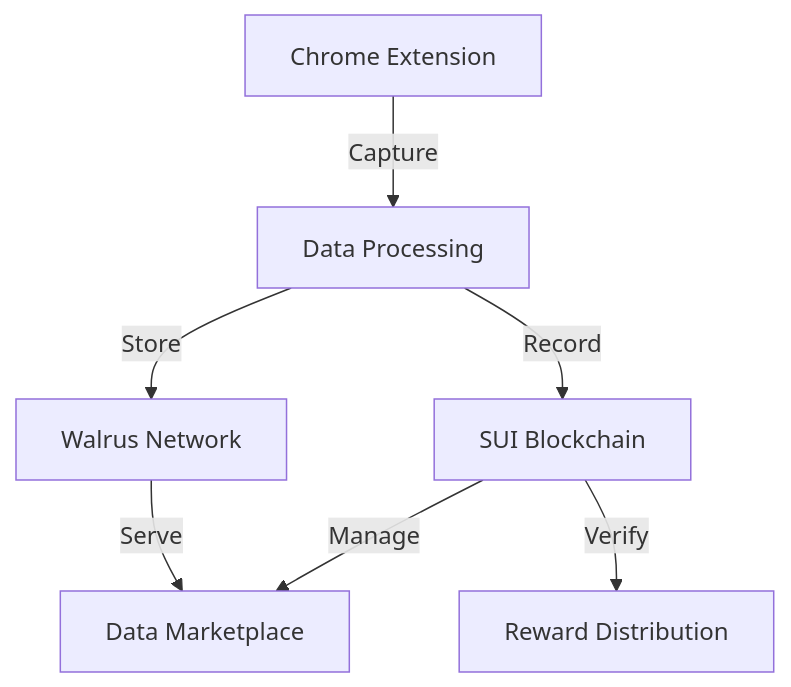
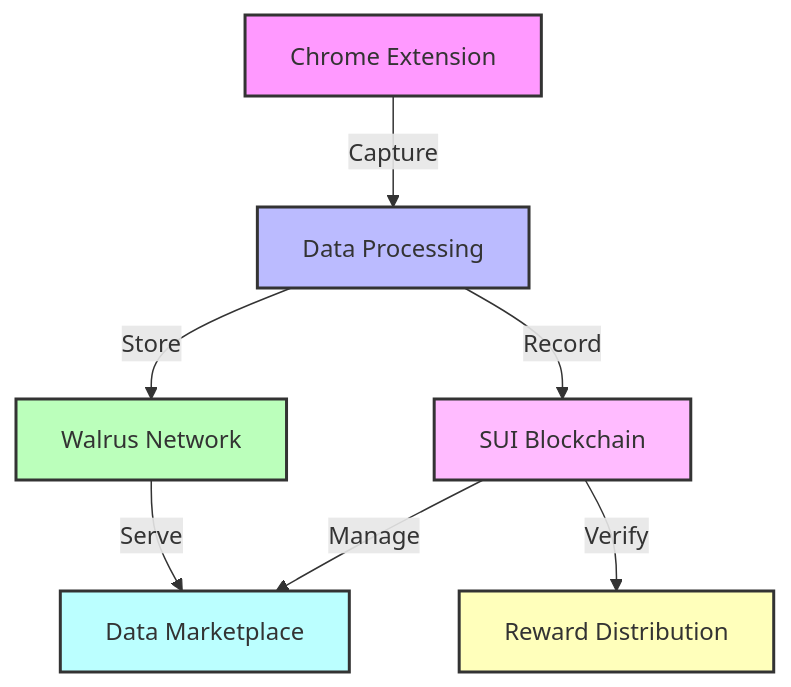
The diagram in introduction.mdx (RivenLSCP/docs), drawn with Mermaid before and after one commit. The commit also changed other lines of this file, not shown here.

````diff
--- a/introduction.mdx
+++ b/introduction.mdx
@@ -56,9 +58,16 @@
-```mermaid
-graph TD
-    A[Chrome Extension] -->|Capture| B[Data Processing]
-    B -->|Store| C[Walrus Network]
-    B -->|Record| D[SUI Blockchain]
-    D -->|Verify| E[Reward Distribution]
-    C -->|Serve| F[Data Marketplace]
-    D -->|Manage| F
-```
+    ```mermaid
+    graph TD
+        A[Chrome Extension] -->|Capture| B[Data Processing]
+        B -->|Store| C[Walrus Network]
+        B -->|Record| D[SUI Blockchain]
+        D -->|Verify| E[Reward Distribution]
+        C -->|Serve| F[Data Marketplace]
+        D -->|Manage| F
+
+        style A fill:#f9f,stroke:#333,stroke-width:2px
+        style B fill:#bbf,stroke:#333,stroke-width:2px
+        style C fill:#bfb,stroke:#333,stroke-width:2px
+        style D fill:#fbf,stroke:#333,stroke-width:2px
+        style E fill:#ffb,stroke:#333,stroke-width:2px
+        style F fill:#bff,stroke:#333,stroke-width:2px
+    ```
````
